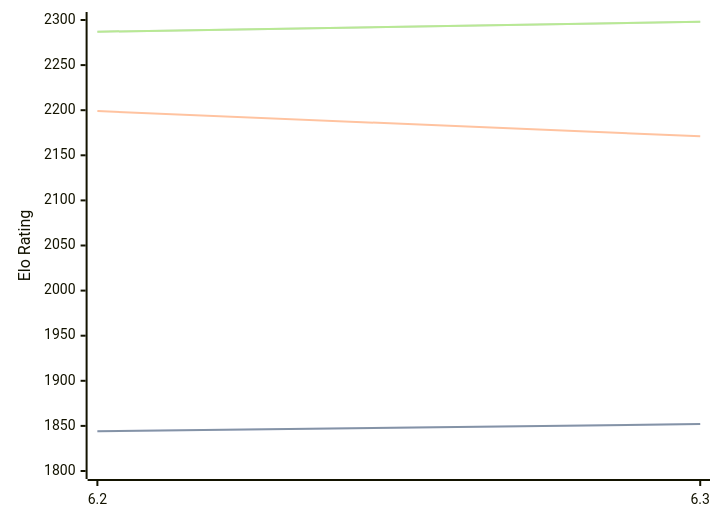
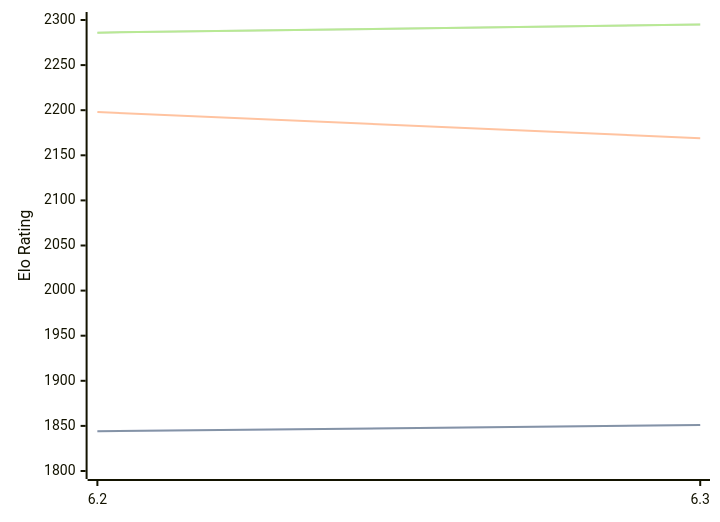
The diagram in engines/chess4j.md (computer-chess-index/cci), drawn with Mermaid before and after one commit. The commit also changed other lines of this file, not shown here.

Commit message:
Update CCI Ratings (ELO VLTC) - 2026-07-27

````diff
--- a/engines/chess4j.md
+++ b/engines/chess4j.md
@@ -38,11 +38,11 @@
 ```mermaid
 %%{init: {"theme":"base","themeVariables":{"seriesColors:['#a3a3a3','#222221','#faa371']}}}%%
 xychart-beta
   x-axis ["6.2", "6.3"]
   y-axis "Elo Rating" 1800 --> 2300
-  line "STC (8.0+0.08s)" [1844, 1852]
-  line "STC (8.0+0.08s)" [1844, 1852]
-  line "LTC (60.0+0.60s)" [2199, 2171]
-  line "VLTC (2m24s+1.12s)" [2287, 2298]
-  line "VLTC (2m24s+1.12s)" [2287, 2298]
+  line "STC (8.0+0.08s)" [1844, 1851]
+  line "STC (8.0+0.08s)" [1844, 1851]
+  line "LTC (60.0+0.60s)" [2198, 2169]
+  line "VLTC (2m24s+1.12s)" [2286, 2295]
+  line "VLTC (2m24s+1.12s)" [2286, 2295]
 ```
````
